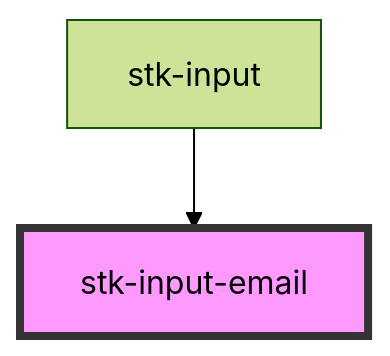
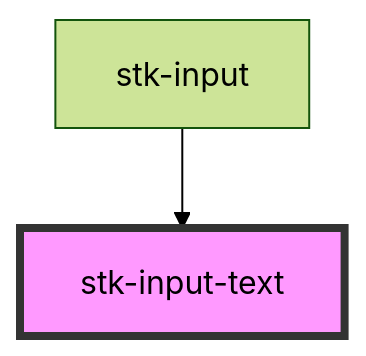
One commit to efuentesp/web-components changed the diagram in src/components/stk-components/data-entry/input/readme.md. Above: the diagram before and after it, drawn with Mermaid (forest theme). The commit also changed other lines of this file and 3 other files, not shown here.

````diff
--- a/src/components/stk-components/data-entry/input/readme.md
+++ b/src/components/stk-components/data-entry/input/readme.md
@@ -37,5 +35,5 @@
 ```mermaid
 graph TD;
-  stk-input --> stk-input-email
-  style stk-input-email fill:#f9f,stroke:#333,stroke-width:4px
+  stk-input --> stk-input-text
+  style stk-input-text fill:#f9f,stroke:#333,stroke-width:4px
 ```
````
